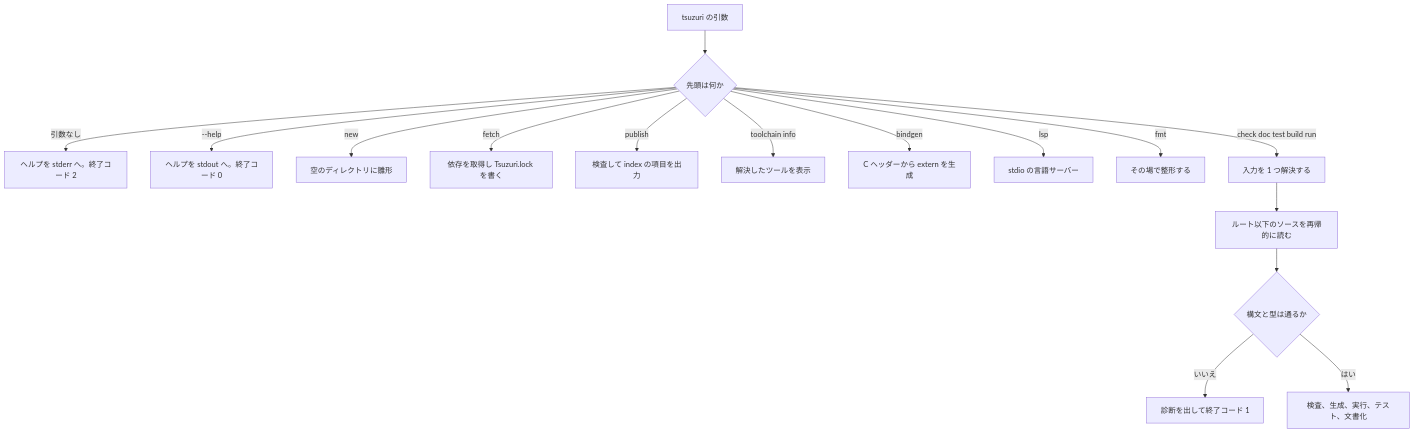
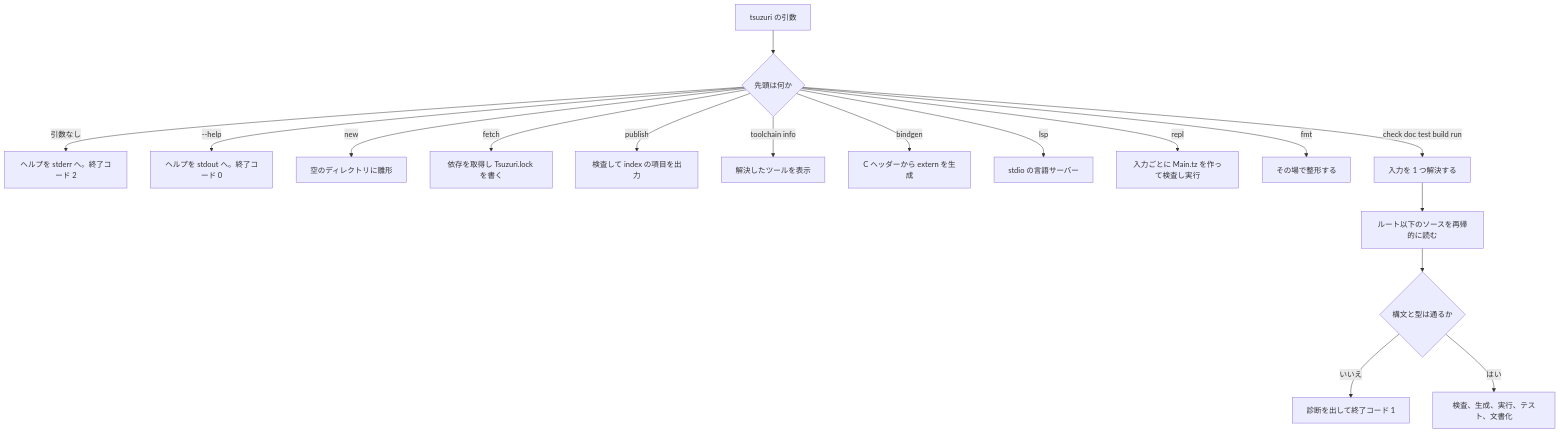
The diagram in _tsuzuri/language-reference/compiler/usage.md (tatsuya-midorikawa/Tsuzuri), drawn with Mermaid before and after one commit. The commit also changed other lines of this file and 13 other files, not shown here.

````diff
--- a/_tsuzuri/language-reference/compiler/usage.md
+++ b/_tsuzuri/language-reference/compiler/usage.md
@@ -20,18 +21,19 @@
 ```mermaid
 flowchart TD
   cli["tsuzuri の引数"] --> kind{"先頭は何か"}
   kind -->|引数なし| usage["ヘルプを stderr へ。終了コード 2"]
   kind -->|--help| helpOut["ヘルプを stdout へ。終了コード 0"]
   kind -->|new| scaffold["空のディレクトリに雛形"]
   kind -->|fetch| deps["依存を取得し Tsuzuri.lock を書く"]
   kind -->|publish| entry["検査して index の項目を出力"]
   kind -->|toolchain info| tools["解決したツールを表示"]
   kind -->|bindgen| bind["C ヘッダーから extern を生成"]
   kind -->|lsp| server["stdio の言語サーバー"]
+  kind -->|repl| interactive["入力ごとに Main.tz を作って検査し実行"]
   kind -->|fmt| format["その場で整形する"]
   kind -->|check doc test build run| load["入力を 1 つ解決する"]
   load --> read["ルート以下のソースを再帰的に読む"]
   read --> typed{"構文と型は通るか"}
   typed -->|いいえ| report["診断を出して終了コード 1"]
   typed -->|はい| act["検査、生成、実行、テスト、文書化"]
 ```
````
